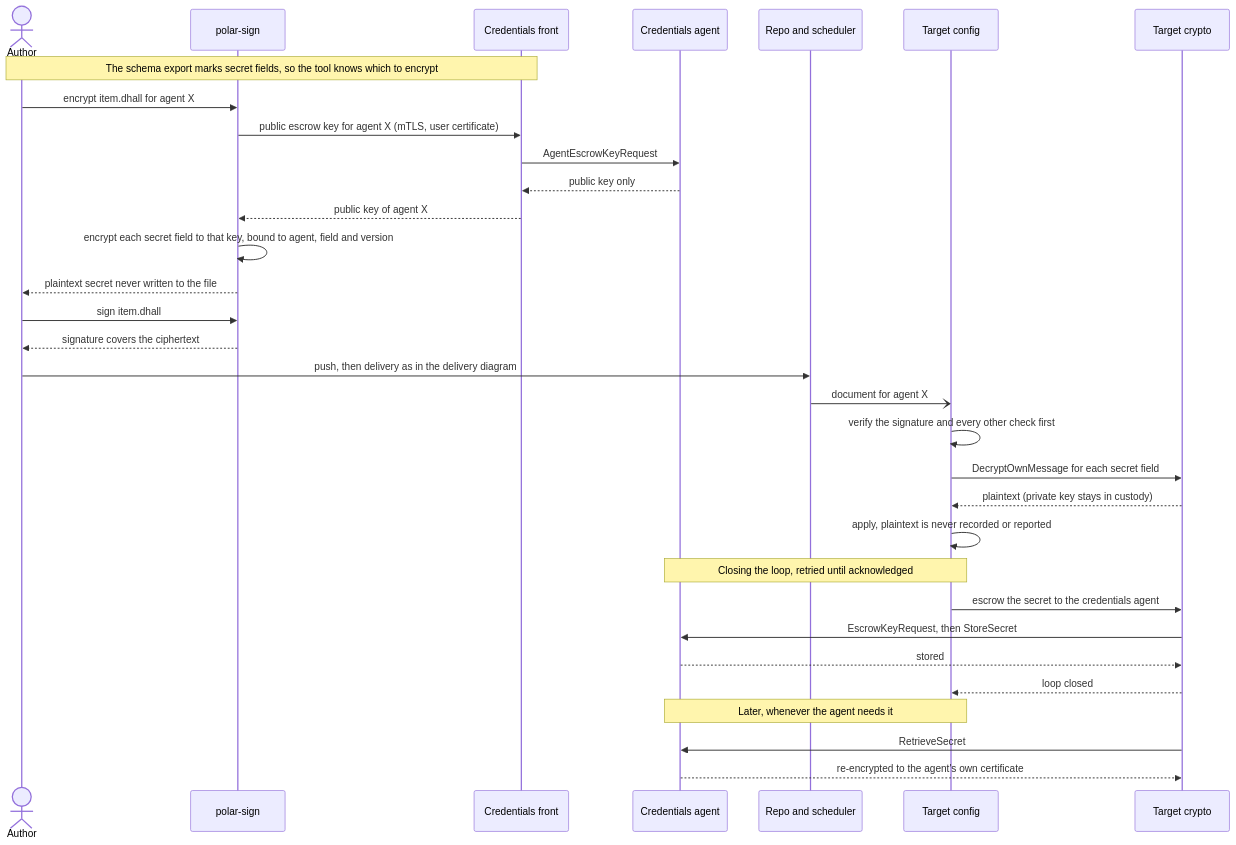
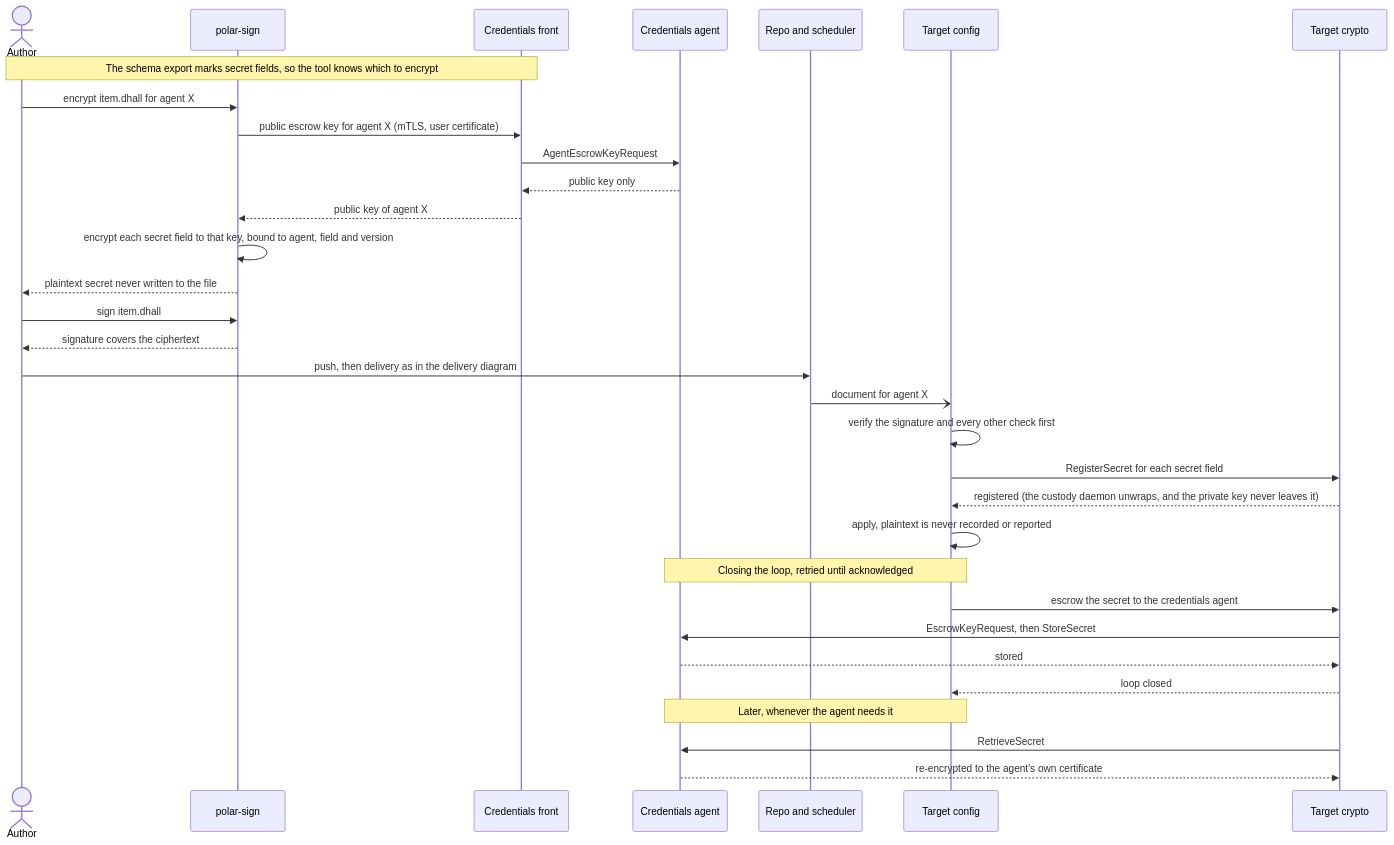
Before and after one commit to cmu-sei/Polar: the diagram in docs/architecture/sequences/general/signed_configuration_secrets.mmd, drawn with Mermaid. The commit also changed 24 other files, not shown here.

```diff
--- a/docs/architecture/sequences/general/signed_configuration_secrets.mmd
+++ b/docs/architecture/sequences/general/signed_configuration_secrets.mmd
@@ -1,58 +1,58 @@
 %% ACE Tool
 %%
 %% Copyright 2026 Carnegie Mellon University.
 %%
 %% NO WARRANTY. THIS CARNEGIE MELLON UNIVERSITY AND SOFTWARE ENGINEERING INSTITUTE MATERIAL IS
 %% FURNISHED ON AN "AS-IS" BASIS. CARNEGIE MELLON UNIVERSITY MAKES NO WARRANTIES OF ANY KIND, EITHER
 %% EXPRESSED OR IMPLIED, AS TO ANY MATTER INCLUDING, BUT NOT LIMITED TO, WARRANTY OF FITNESS FOR
 %% PURPOSE OR MERCHANTABILITY, EXCLUSIVITY, OR RESULTS OBTAINED FROM USE OF THE MATERIAL. CARNEGIE
 %% MELLON UNIVERSITY DOES NOT MAKE ANY WARRANTY OF ANY KIND WITH RESPECT TO FREEDOM FROM PATENT,
 %% TRADEMARK, OR COPYRIGHT INFRINGEMENT.
 %%
 %% Licensed under a MIT (SEI)-style license, please see license.txt or contact
 %% permission@sei.cmu.edu for full terms.
 %%
 %% [DISTRIBUTION STATEMENT A] This material has been approved for public release and unlimited
 %% distribution.  Please see Copyright notice for non-US Government use and distribution.
 %%
 %% This Software includes and/or makes use of Third-Party Software each subject to its own license.
 %%
 %% DM26-0670
 
 sequenceDiagram
     actor Author
     participant Sign as polar-sign
     participant Front as Credentials front
     participant CredAgent as Credentials agent
     participant Repo as Repo and scheduler
     participant Config as Target config
     participant Crypto as Target crypto
 
     Note over Author,Front: The schema export marks secret fields, so the tool knows which to encrypt
     Author->>Sign: encrypt item.dhall for agent X
     Sign->>Front: public escrow key for agent X (mTLS, user certificate)
     Front->>CredAgent: AgentEscrowKeyRequest
     CredAgent-->>Front: public key only
     Front-->>Sign: public key of agent X
     Sign->>Sign: encrypt each secret field to that key, bound to agent, field and version
     Sign-->>Author: plaintext secret never written to the file
 
     Author->>Sign: sign item.dhall
     Sign-->>Author: signature covers the ciphertext
     Author->>Repo: push, then delivery as in the delivery diagram
 
     Repo-)Config: document for agent X
     Config->>Config: verify the signature and every other check first
-    Config->>Crypto: DecryptOwnMessage for each secret field
-    Crypto-->>Config: plaintext (private key stays in custody)
+    Config->>Crypto: RegisterSecret for each secret field
+    Crypto-->>Config: registered (the custody daemon unwraps, and the private key never leaves it)
     Config->>Config: apply, plaintext is never recorded or reported
 
     Note over Config,CredAgent: Closing the loop, retried until acknowledged
     Config->>Crypto: escrow the secret to the credentials agent
     Crypto->>CredAgent: EscrowKeyRequest, then StoreSecret
     CredAgent-->>Crypto: stored
     Crypto-->>Config: loop closed
 
     Note over Config,CredAgent: Later, whenever the agent needs it
     Crypto->>CredAgent: RetrieveSecret
     CredAgent-->>Crypto: re-encrypted to the agent's own certificate
```
